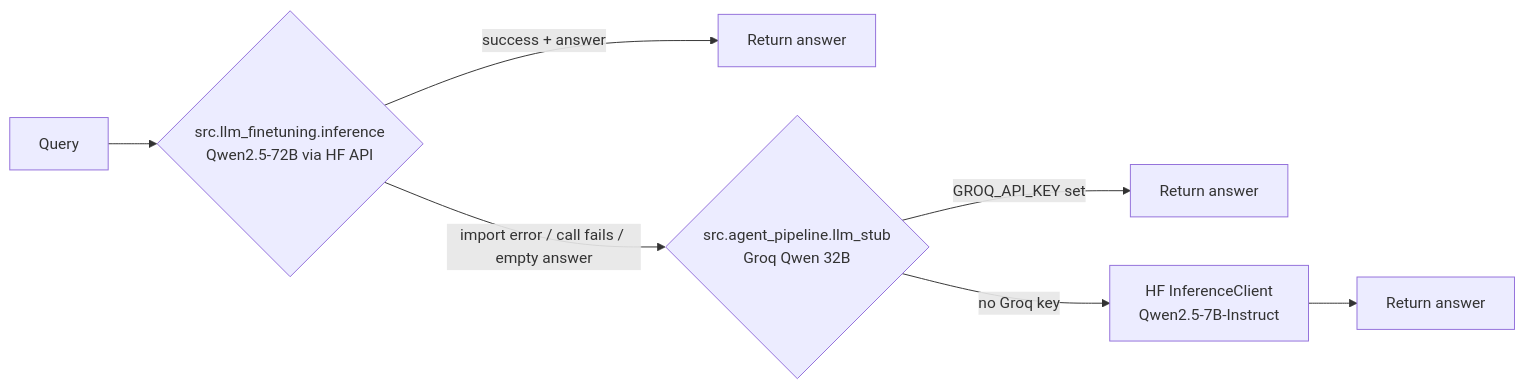
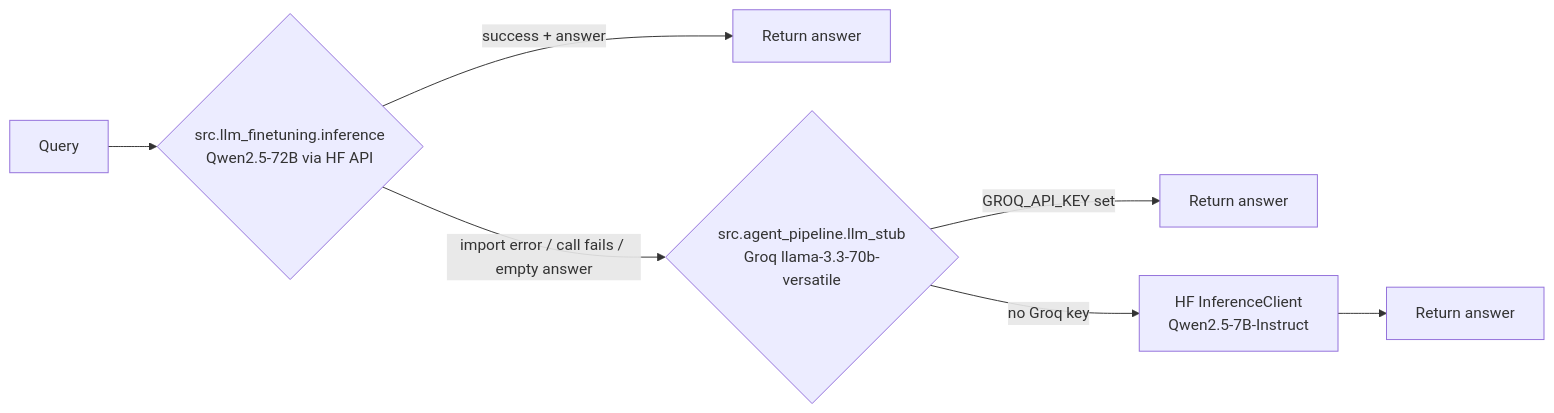
One commit to nour-hatem/AraCheck changed the fourth of 4 diagrams in README.md. Above: the diagram before and after it, drawn with Mermaid. The commit also changed other lines of this file, not shown here.

````diff
--- a/README.md
+++ b/README.md
@@ -177,9 +233,9 @@
 ```mermaid
 flowchart LR
     Q[Query] --> P1{"src.llm_finetuning.inference<br/>Qwen2.5-72B via HF API"}
     P1 -->|success + answer| DONE1[Return answer]
-    P1 -->|import error / call fails / empty answer| P2{"src.agent_pipeline.llm_stub<br/>Groq Qwen 32B"}
+    P1 -->|import error / call fails / empty answer| P2{"src.agent_pipeline.llm_stub<br/>Groq llama-3.3-70b-versatile"}
     P2 -->|GROQ_API_KEY set| DONE2[Return answer]
     P2 -->|no Groq key| P3["HF InferenceClient<br/>Qwen2.5-7B-Instruct"]
     P3 --> DONE3[Return answer]
 ```
````
